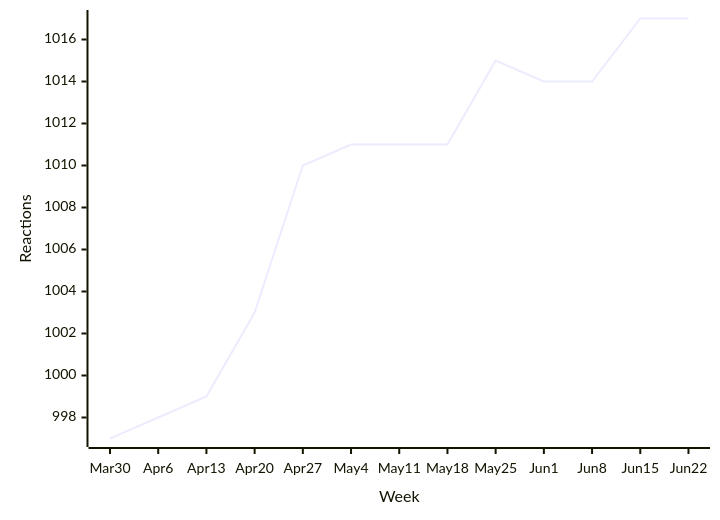
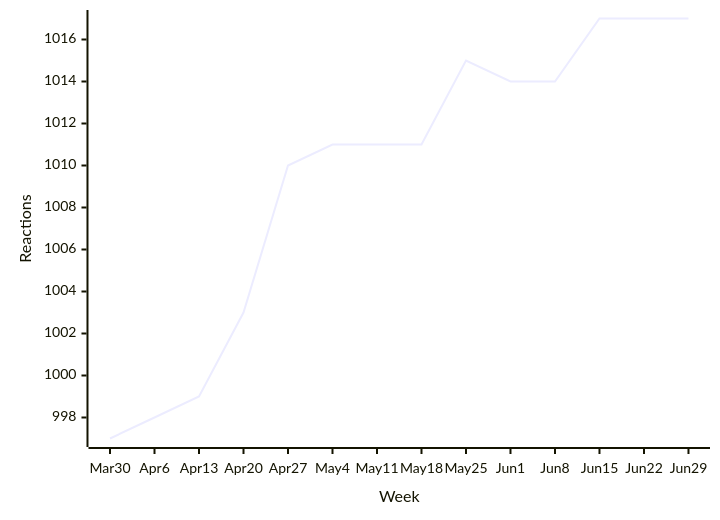
One commit to loic-sharma/github-insights changed the seventh of 48 diagrams in README.md. Above: the diagram before and after it, drawn with Mermaid. The commit also changed other lines of this file and 3 other files, not shown here.

````diff
--- a/README.md
+++ b/README.md
@@ -441,6 +441,6 @@
   ```mermaid
   xychart-beta
-    x-axis "Week" [Mar 30, Apr 6, Apr 13, Apr 20, Apr 27, May 4, May 11, May 18, May 25, Jun 1, Jun 8, Jun 15, Jun 22]
+    x-axis "Week" [Mar 30, Apr 6, Apr 13, Apr 20, Apr 27, May 4, May 11, May 18, May 25, Jun 1, Jun 8, Jun 15, Jun 22, Jun 29]
     y-axis "Reactions"
-    line [997, 998, 999, 1003, 1010, 1011, 1011, 1011, 1015, 1014, 1014, 1017, 1017]
+    line [997, 998, 999, 1003, 1010, 1011, 1011, 1011, 1015, 1014, 1014, 1017, 1017, 1017]
   ```
````
